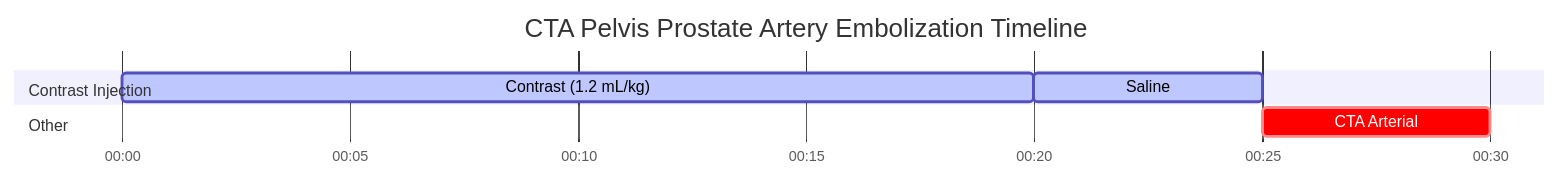
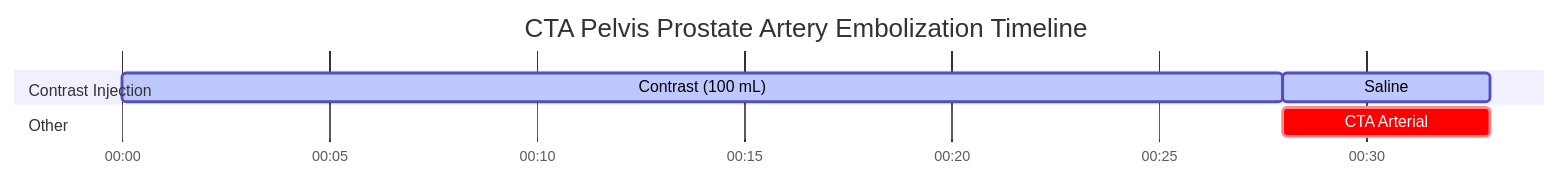
Before and after one commit to dfergs93/radiology-protocols: the diagram in docs/ct/vascular/cta-pelvis-prostate-artery-embolization.md, drawn with Mermaid. The commit also changed other lines of this file and 85 other files, not shown here.

Commit message:
Regenerate protocol markdown files with acquisition-diagram placeholder

````diff
--- a/docs/ct/vascular/cta-pelvis-prostate-artery-embolization.md
+++ b/docs/ct/vascular/cta-pelvis-prostate-artery-embolization.md
@@ -87,18 +83,18 @@
   ```mermaid
   ---
   displayMode: compact
   config:
     theme: default
     themeCSS: " #Saline{ fill: #4ed5ff; stroke: #2094f3; } "
   ---
     gantt
       title CTA Pelvis Prostate Artery Embolization Timeline
       dateFormat mm:ss
       axisFormat %M:%S 
       
       section Contrast Injection
-      Contrast (1.2 mL/kg)    :active, contrast, 00:00, 20s
+      Contrast (100 mL)    :active, contrast, 00:00, 28s
       Saline          :active, saline, after contrast, 5s
       section Other
-      CTA Arterial    :crit, scan1, after saline, 5s
+      CTA Arterial    :crit, scan1, after contrast, 5s
   ```
````
